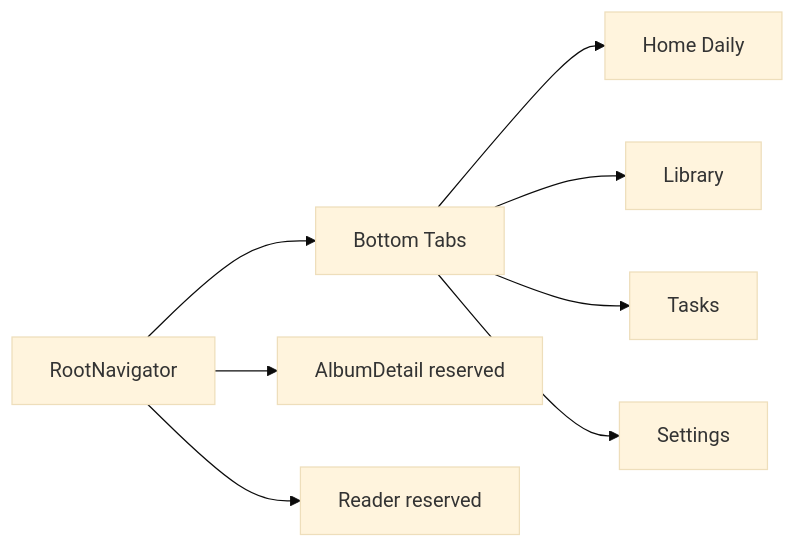
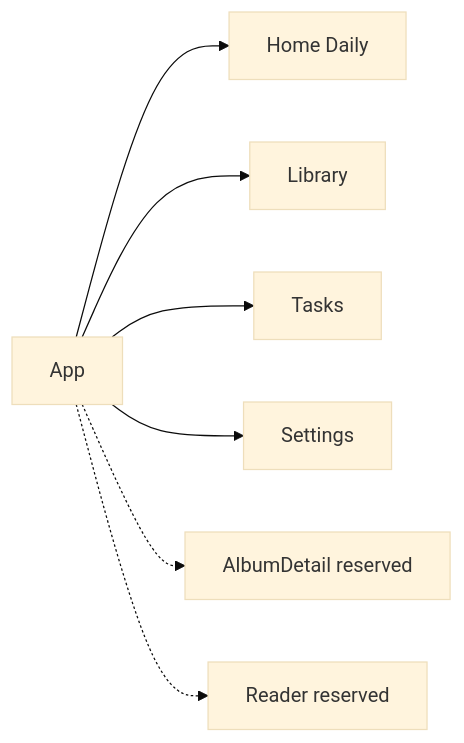
One commit to aDarkMaker/JMFM changed the second of 2 diagrams in docs/en/architecture/ui.md. Above: the diagram before and after it, drawn with Mermaid (base theme). The commit also changed other lines of this file and 27 other files, not shown here.

Commit message:
docs: migrate architecture docs to capacitor stack

````diff
--- a/docs/en/architecture/ui.md
+++ b/docs/en/architecture/ui.md
@@ -45,12 +45,10 @@
 ```mermaid
 flowchart LR
-    root["RootNavigator"]
-    tabs["Bottom Tabs"]
-    root --> tabs
-    tabs --> home["Home Daily"]
-    tabs --> lib["Library"]
-    tabs --> tasks["Tasks"]
-    tabs --> settings["Settings"]
-    root --> detail["AlbumDetail reserved"]
-    root --> reader["Reader reserved"]
+    root["App"]
+    root --> home["Home Daily"]
+    root --> lib["Library"]
+    root --> tasks["Tasks"]
+    root --> settings["Settings"]
+    root -.-> detail["AlbumDetail reserved"]
+    root -.-> reader["Reader reserved"]
 ```
````
